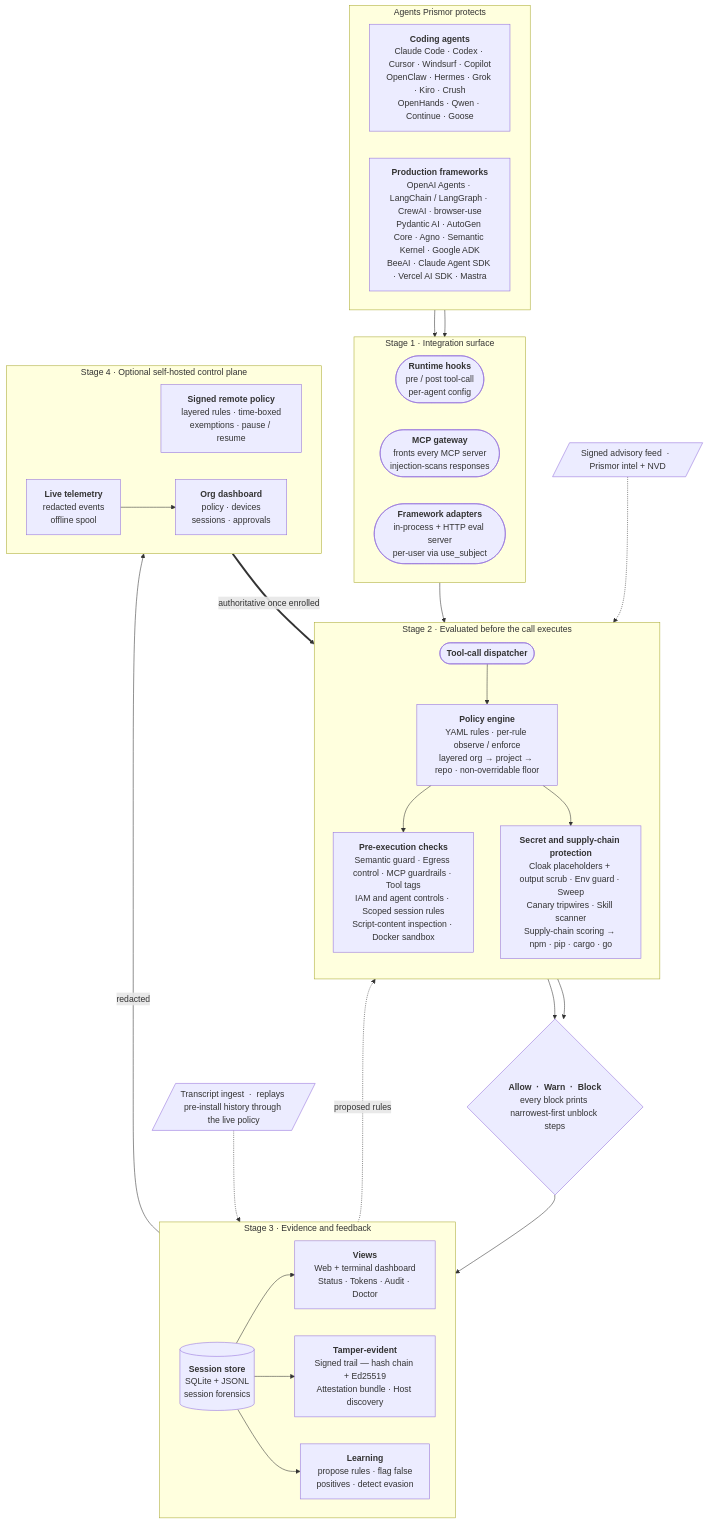
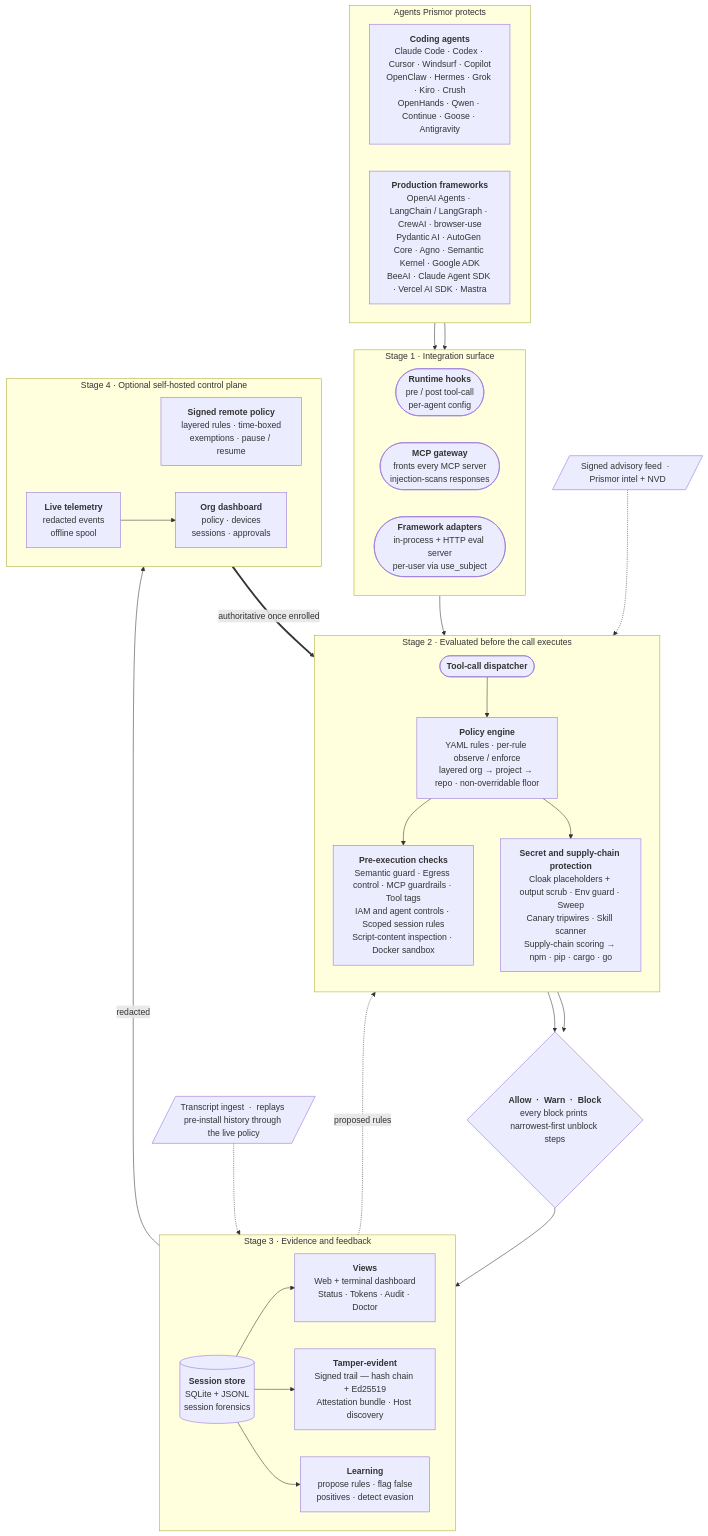
The diagram in README.md (PrismorSec/prismor), drawn with Mermaid before and after one commit. The commit also changed other lines of this file and 1 other file, not shown here.

Commit message:
docs: list Antigravity hook paths, MCP tagging and approval surface

````diff
--- a/README.md
+++ b/README.md
@@ -192,69 +192,69 @@
 ```mermaid
 flowchart TD
 
 %% ── sources ────────────────────────────────────────────────
 subgraph SRC["Agents Prismor protects"]
     direction LR
-    AC["<b>Coding agents</b><br/>Claude Code · Codex · Cursor · Windsurf · Copilot<br/>OpenClaw · Hermes · Grok · Kiro · Crush<br/>OpenHands · Qwen · Continue · Goose"]
+    AC["<b>Coding agents</b><br/>Claude Code · Codex · Cursor · Windsurf · Copilot<br/>OpenClaw · Hermes · Grok · Kiro · Crush<br/>OpenHands · Qwen · Continue · Goose · Antigravity"]
     AF["<b>Production frameworks</b><br/>OpenAI Agents · LangChain / LangGraph · CrewAI · browser-use<br/>Pydantic AI · AutoGen Core · Agno · Semantic Kernel · Google ADK<br/>BeeAI · Claude Agent SDK · Vercel AI SDK · Mastra"]
 end
 
 %% ── stage 1 ────────────────────────────────────────────────
 subgraph ENTRY["Stage 1  ·  Integration surface"]
     direction LR
     H(["<b>Runtime hooks</b><br/>pre / post tool-call<br/>per-agent config"])
     G(["<b>MCP gateway</b><br/>fronts every MCP server<br/>injection-scans responses"])
     F(["<b>Framework adapters</b><br/>in-process + HTTP eval server<br/>per-user via use_subject"])
 end
 
 %% ── stage 2 ────────────────────────────────────────────────
 subgraph EVAL["Stage 2  ·  Evaluated before the call executes"]
     direction TB
     D(["<b>Tool-call dispatcher</b>"])
     P["<b>Policy engine</b><br/>YAML rules · per-rule observe / enforce<br/>layered org → project → repo · non-overridable floor"]
     CHK["<b>Pre-execution checks</b><br/>Semantic guard · Egress control · MCP guardrails · Tool tags<br/>IAM and agent controls · Scoped session rules<br/>Script-content inspection · Docker sandbox"]
     SEC["<b>Secret and supply-chain protection</b><br/>Cloak placeholders + output scrub · Env guard · Sweep<br/>Canary tripwires · Skill scanner<br/>Supply-chain scoring → npm · pip · cargo · go"]
 end
 
 FEED[/"Signed advisory feed  ·  Prismor intel + NVD"/]
 V{"<b>Allow  ·  Warn  ·  Block</b><br/>every block prints narrowest-first unblock steps"}
 
 %% ── stage 3 ────────────────────────────────────────────────
 subgraph EV["Stage 3  ·  Evidence and feedback"]
     direction LR
     ST[("<b>Session store</b><br/>SQLite + JSONL<br/>session forensics")]
     VIEW["<b>Views</b><br/>Web + terminal dashboard<br/>Status · Tokens · Audit · Doctor"]
     PROOF["<b>Tamper-evident</b><br/>Signed trail — hash chain + Ed25519<br/>Attestation bundle · Host discovery"]
     LEARN["<b>Learning</b><br/>propose rules · flag false<br/>positives · detect evasion"]
 end
 
 PAST[/"Transcript ingest  ·  replays pre-install history through the live policy"/]
 
 %% ── stage 4 ────────────────────────────────────────────────
 subgraph ORG["Stage 4  ·  Optional self-hosted control plane"]
     direction LR
     RP["<b>Signed remote policy</b><br/>layered rules · time-boxed<br/>exemptions · pause / resume"]
     TEL["<b>Live telemetry</b><br/>redacted events<br/>offline spool"]
     OD["<b>Org dashboard</b><br/>policy · devices<br/>sessions · approvals"]
 end
 
 %% ── flow ───────────────────────────────────────────────────
 AC --> ENTRY
 AF --> ENTRY
 ENTRY --> D
 D --> P
 P --> CHK
 P --> SEC
 FEED -.-> SEC
 CHK --> V
 SEC --> V
 V --> ST
 PAST -.-> ST
 ST --> VIEW
 ST --> PROOF
 ST --> LEARN
 LEARN -.->|"proposed rules"| P
 RP ==>|"authoritative once enrolled"| P
 ST -->|"redacted"| TEL
 TEL --> OD
 ```
````
